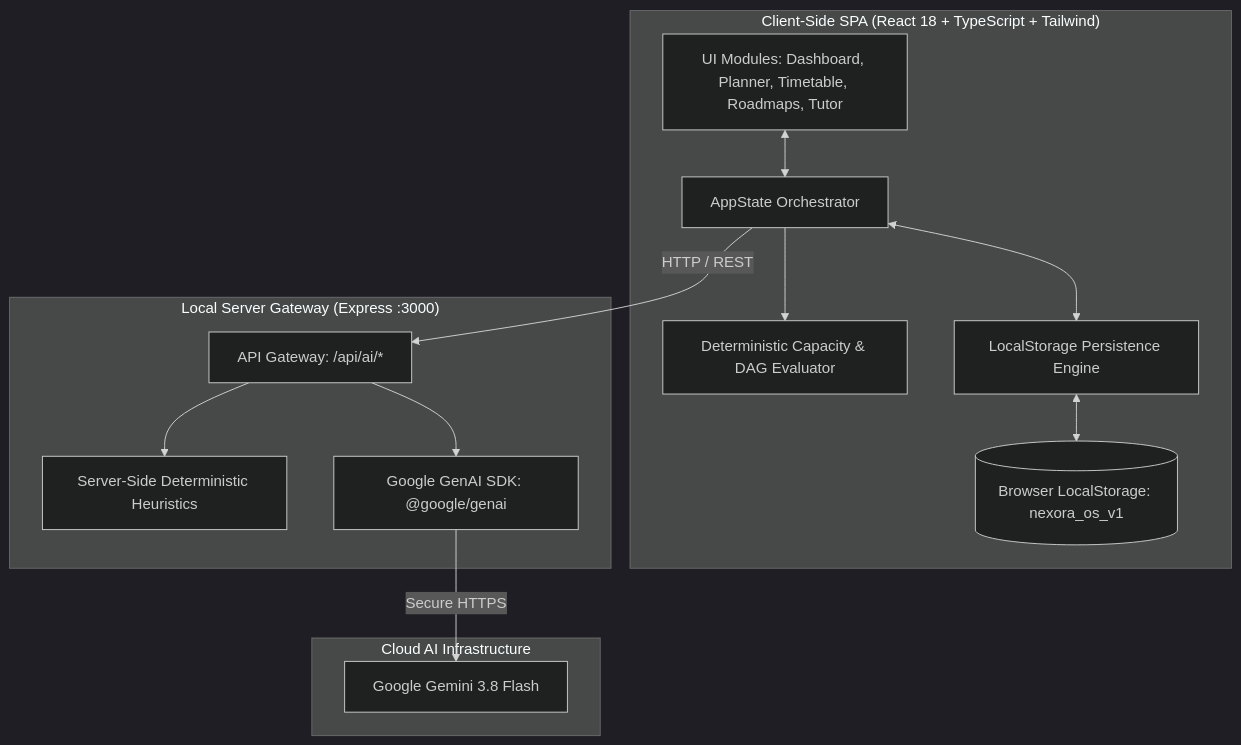
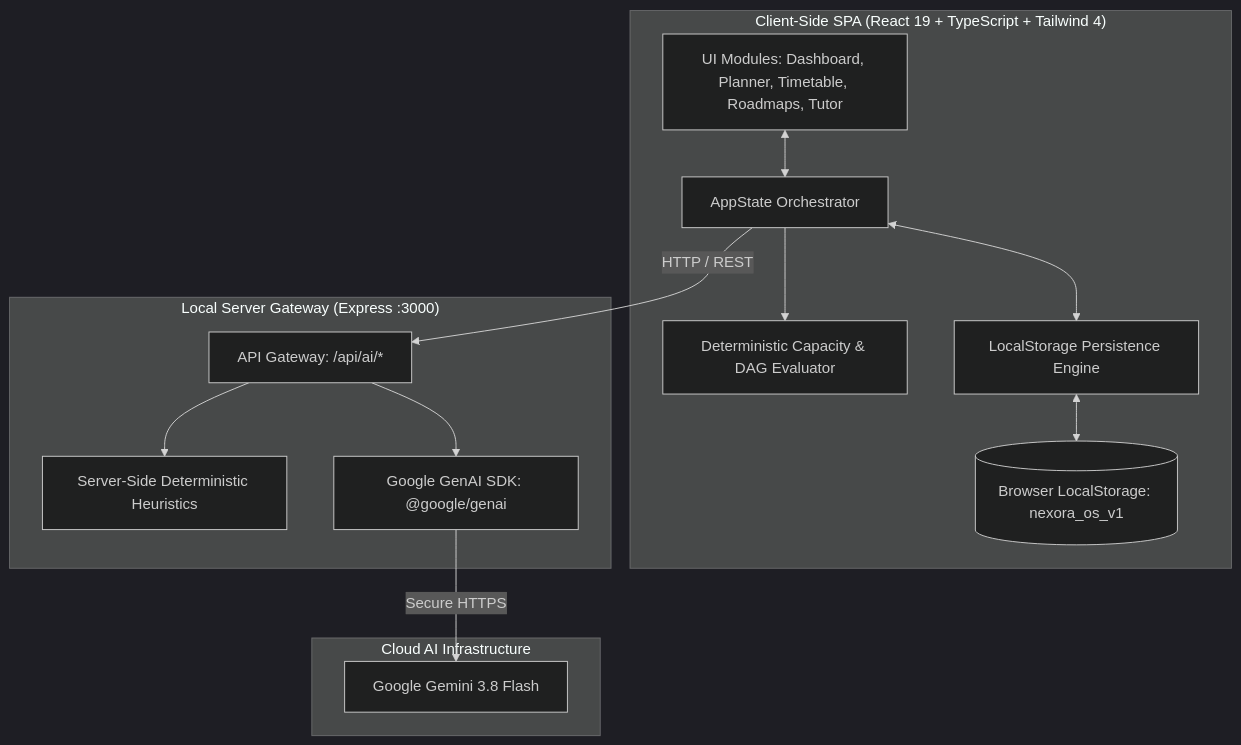
One commit to madanapallishaikmohammedtalha-dot/NEXORA changed the diagram in README.md. Above: the diagram before and after it, drawn with Mermaid (dark theme). The commit also changed other lines of this file and 50 other files, not shown here.

````diff
--- a/README.md
+++ b/README.md
@@ -30,31 +30,31 @@
 ```mermaid
 graph TB
-    subgraph Client["Client-Side SPA (React 18 + TypeScript + Tailwind)"]
+    subgraph Client["Client-Side SPA (React 19 + TypeScript + Tailwind 4)"]
         UI[UI Modules: Dashboard, Planner, Timetable, Roadmaps, Tutor]
         State[AppState Orchestrator]
         Scheduler[Deterministic Capacity & DAG Evaluator]
         Storage[LocalStorage Persistence Engine]
         LocalDB[(Browser LocalStorage: nexora_os_v1)]
 
         UI <--> State
         State --> Scheduler
         State <--> Storage
         Storage <--> LocalDB
     end
 
     subgraph Server["Local Server Gateway (Express :3000)"]
         ServerProxy[API Gateway: /api/ai/*]
         FallbackEngine[Server-Side Deterministic Heuristics]
         GenAI[Google GenAI SDK: @google/genai]
 
         ServerProxy --> GenAI
         ServerProxy --> FallbackEngine
     end
 
     subgraph ExternalCloud["Cloud AI Infrastructure"]
         Gemini[Google Gemini 3.8 Flash]
     end
 
     State -->|HTTP / REST| ServerProxy
     GenAI -->|Secure HTTPS| Gemini
 ```
````
